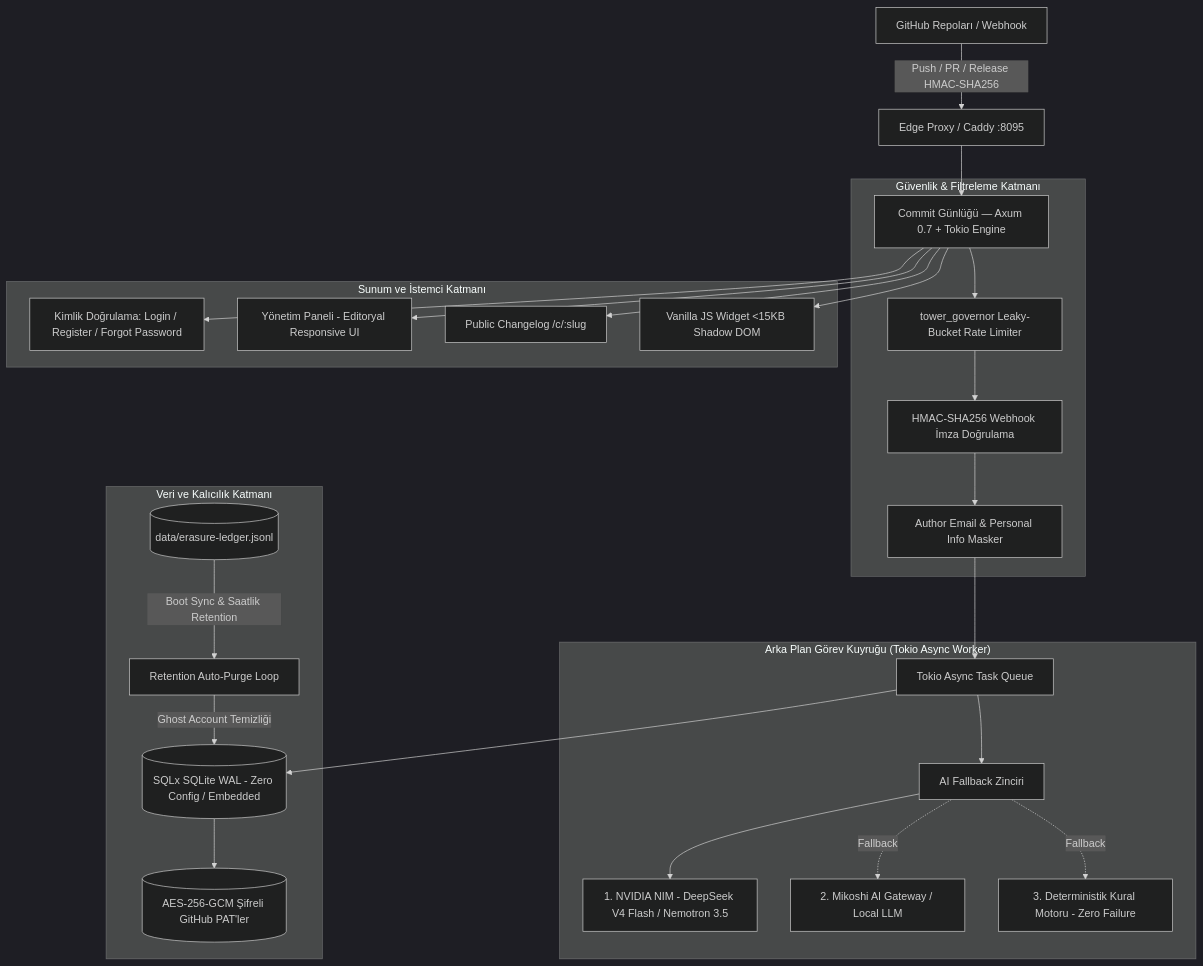
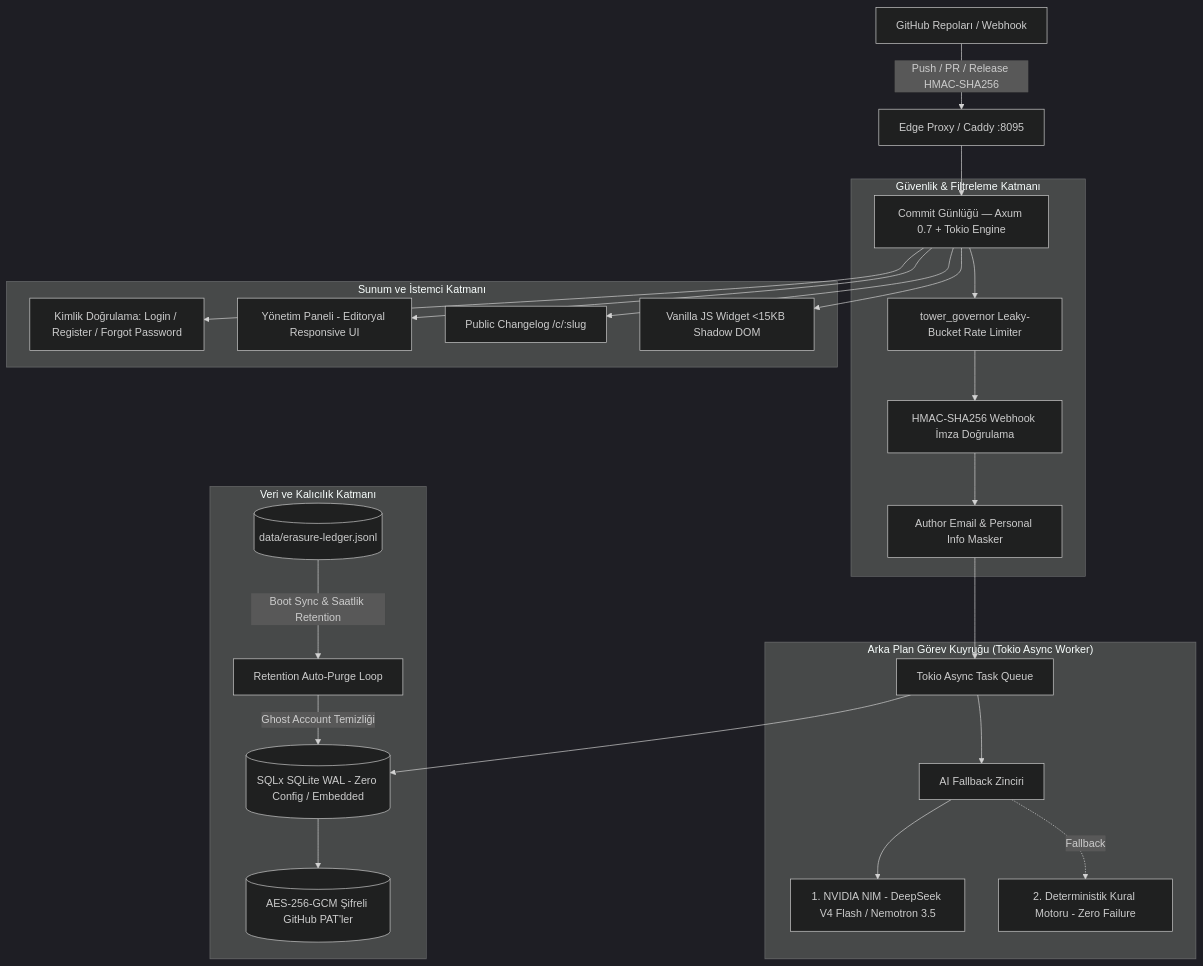
The diagram in README.md (dixtuel/commit-gunlugu), drawn with Mermaid (dark theme) before and after one commit. The commit also changed other lines of this file and 1 other file, not shown here.

Commit message:
docs: remove non-existent Mikoshi AI Gateway tier from AI chain docs
The fallback chain was documented as 3-tier (NVIDIA NIM -> Mikoshi AI
Gateway -> deterministic engine), but the Mikoshi AI Gateway tier was
never implemented in client.rs - only mentioned in a doc comment.
Corrected README and code comment to reflect the actual 2-tier chain.

````diff
--- a/README.md
+++ b/README.md
@@ -40,35 +40,34 @@
 ```mermaid
 graph TD
     GH[GitHub Repoları / Webhook] -->|Push / PR / Release HMAC-SHA256| Proxy[Edge Proxy / Caddy :8095]
     Proxy --> Axum[Commit Günlüğü — Axum 0.7 + Tokio Engine]
 
     subgraph "Güvenlik & Filtreleme Katmanı"
         Axum --> RateLimit[tower_governor Leaky-Bucket Rate Limiter]
         RateLimit --> HMACVerify[HMAC-SHA256 Webhook İmza Doğrulama]
         HMACVerify --> PrivacySanitizer[Author Email & Personal Info Masker]
     end
 
     subgraph "Arka Plan Görev Kuyruğu (Tokio Async Worker)"
         PrivacySanitizer --> TaskQueue[Tokio Async Task Queue]
         TaskQueue --> LLMChain[AI Fallback Zinciri]
         
         LLMChain --> Tier1[1. NVIDIA NIM - DeepSeek V4 Flash / Nemotron 3.5]
-        LLMChain -.->|Fallback| Tier2[2. Mikoshi AI Gateway / Local LLM]
-        LLMChain -.->|Fallback| Tier3[3. Deterministik Kural Motoru - Zero Failure]
+        LLMChain -.->|Fallback| Tier2[2. Deterministik Kural Motoru - Zero Failure]
     end
 
     subgraph "Veri ve Kalıcılık Katmanı"
         TaskQueue --> SQLx[(SQLx SQLite WAL - Zero Config / Embedded)]
         SQLx --> TokenCrypto[(AES-256-GCM Şifreli GitHub PAT'ler)]
         
         ErasureLedger[(data/erasure-ledger.jsonl)] -->|Boot Sync & Saatlik Retention| RetentionWorker[Retention Auto-Purge Loop]
         RetentionWorker -->|Ghost Account Temizliği| SQLx
     end
 
     subgraph "Sunum ve İstemci Katmanı"
         Axum --> AuthUI[Kimlik Doğrulama: Login / Register / Forgot Password]
         Axum --> DashboardUI[Yönetim Paneli - Editoryal Responsive UI]
         Axum --> PublicChangelog[Public Changelog /c/:slug]
         Axum --> WidgetScript[Vanilla JS Widget <15KB Shadow DOM]
     end
 ```
````
